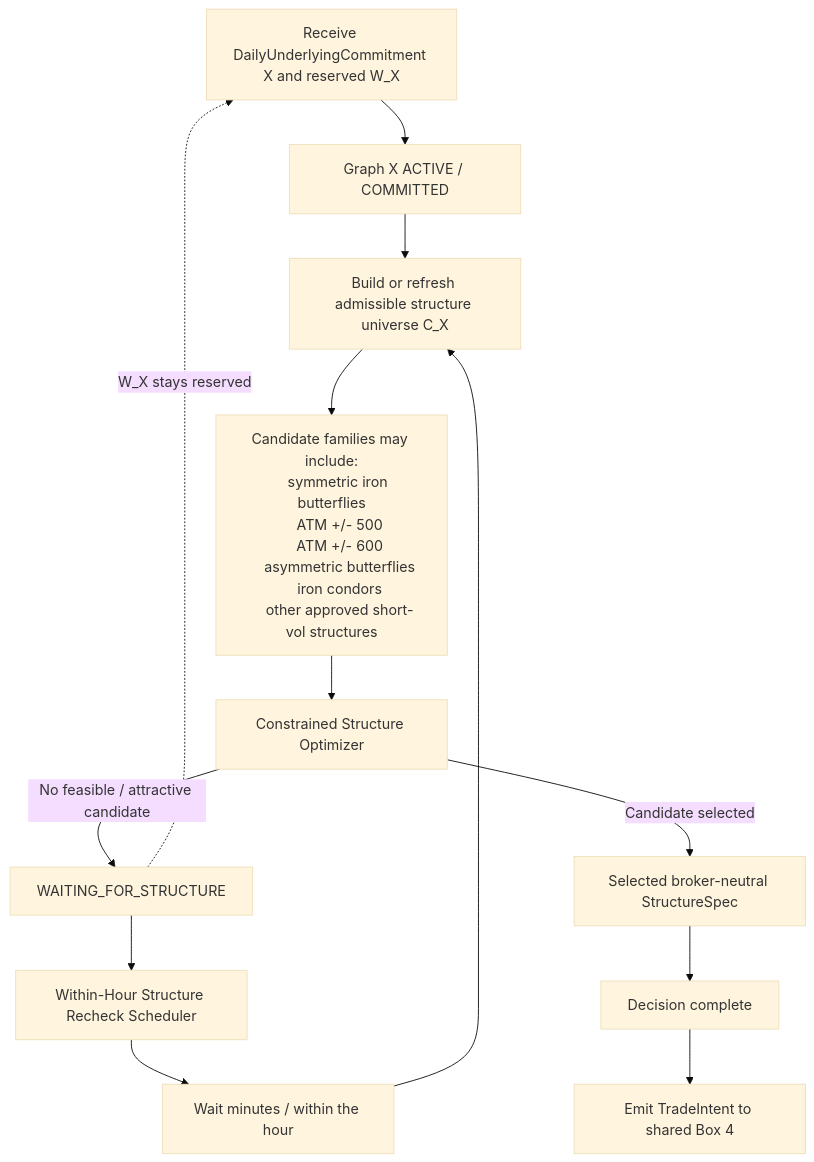
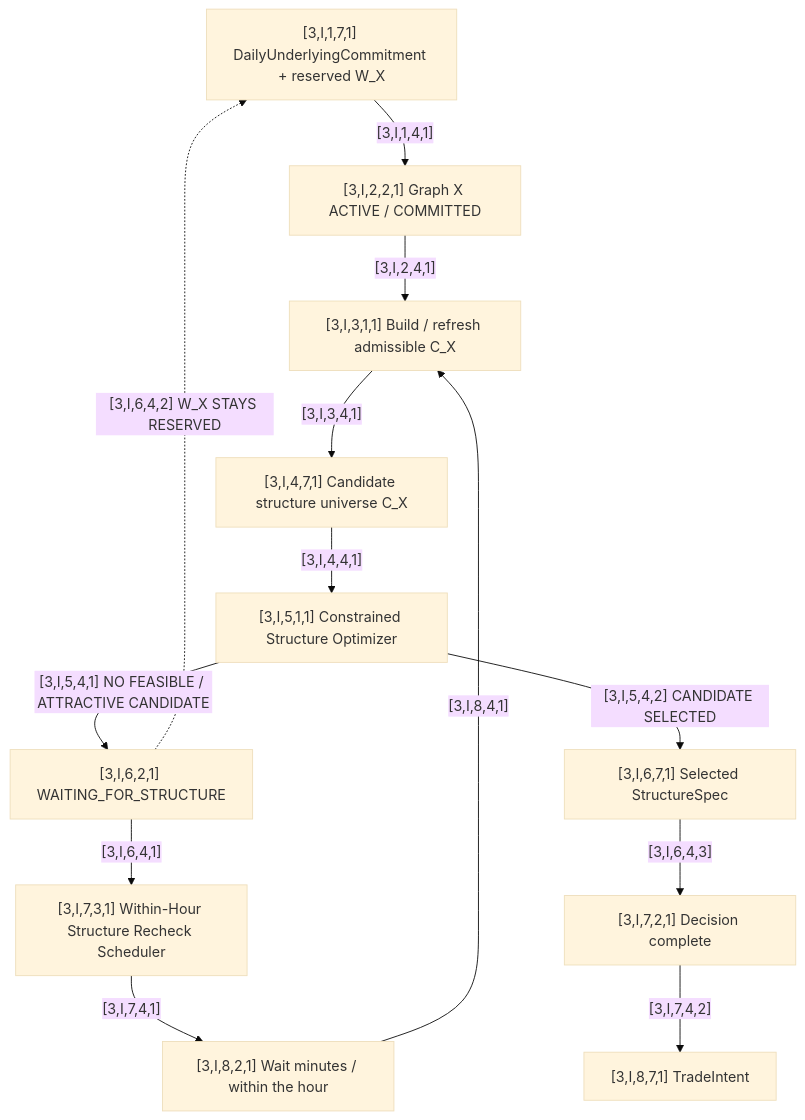
The diagram in docs/workflows/03-per-underlying-graph.md (ayyararyan/volarb), drawn with Mermaid (base theme) before and after one commit. The commit also changed other lines of this file, not shown here.

Commit message:
Vectorize per-underlying graph

````diff
--- a/docs/workflows/03-per-underlying-graph.md
+++ b/docs/workflows/03-per-underlying-graph.md
@@ -17,26 +17,27 @@
 ```mermaid
 flowchart TD
-    A[Receive DailyUnderlyingCommitment X and reserved W_X] --> B[Graph X ACTIVE / COMMITTED]
-    B --> C[Build or refresh admissible structure universe C_X]
+    A["[3,I,1,7,1] DailyUnderlyingCommitment + reserved W_X"]
+    B["[3,I,2,2,1] Graph X ACTIVE / COMMITTED"]
+    C["[3,I,3,1,1] Build / refresh admissible C_X"]
+    D["[3,I,4,7,1] Candidate structure universe C_X"]
+    E["[3,I,5,1,1] Constrained Structure Optimizer"]
+    F["[3,I,6,2,1] WAITING_FOR_STRUCTURE"]
+    G["[3,I,7,3,1] Within-Hour Structure Recheck Scheduler"]
+    H["[3,I,8,2,1] Wait minutes / within the hour"]
+    I1["[3,I,6,7,1] Selected StructureSpec"]
+    J["[3,I,7,2,1] Decision complete"]
+    K["[3,I,8,7,1] TradeIntent"]
 
-    C --> D["Candidate families may include:
-    symmetric iron butterflies
-    ATM +/- 500
-    ATM +/- 600
-    asymmetric butterflies
-    iron condors
-    other approved short-vol structures"]
-
-    D --> E[Constrained Structure Optimizer]
-
-    E -->|No feasible / attractive candidate| F[WAITING_FOR_STRUCTURE]
-    F --> G[Within-Hour Structure Recheck Scheduler]
-    G --> H[Wait minutes / within the hour]
-    H --> C
-
-    F -. W_X stays reserved .-> A
-
-    E -->|Candidate selected| I[Selected broker-neutral StructureSpec]
-    I --> J[Decision complete]
-    J --> K[Emit TradeIntent to shared Box 4]
+    A -->|"[3,I,1,4,1]"| B
+    B -->|"[3,I,2,4,1]"| C
+    C -->|"[3,I,3,4,1]"| D
+    D -->|"[3,I,4,4,1]"| E
+    E -->|"[3,I,5,4,1] NO FEASIBLE / ATTRACTIVE CANDIDATE"| F
+    F -->|"[3,I,6,4,1]"| G
+    G -->|"[3,I,7,4,1]"| H
+    H -->|"[3,I,8,4,1]"| C
+    F -.->|"[3,I,6,4,2] W_X STAYS RESERVED"| A
+    E -->|"[3,I,5,4,2] CANDIDATE SELECTED"| I1
+    I1 -->|"[3,I,6,4,3]"| J
+    J -->|"[3,I,7,4,2]"| K
 ```
````
